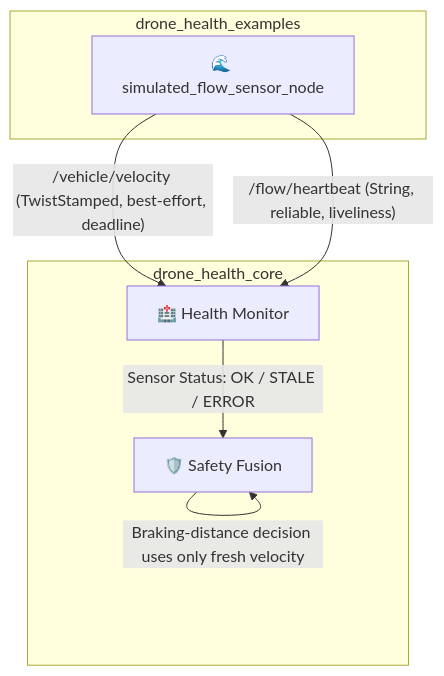
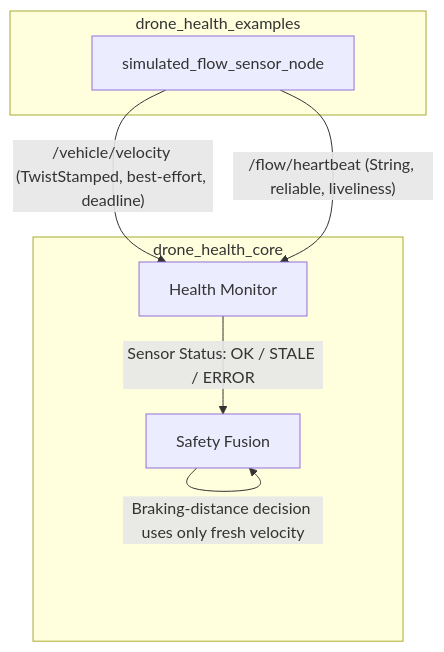
One commit to NILAMATHI1999/drone-health-modular-framework changed the diagram in src/drone_health_flow_example/README.md. Above: the diagram before and after it, drawn with Mermaid. The commit also changed other lines of this file, not shown here.

````diff
--- a/src/drone_health_flow_example/README.md
+++ b/src/drone_health_flow_example/README.md
@@ -12,16 +12,16 @@
 ```mermaid
 graph TD
     subgraph Sensor [drone_health_examples]
-        FLOW["🌊 simulated_flow_sensor_node"]
+        FLOW[" simulated_flow_sensor_node"]
     end
 
     subgraph Core [drone_health_core]
-        HM["🏥 Health Monitor"]
-        SF["🛡️ Safety Fusion"]
+        HM[" Health Monitor"]
+        SF[" Safety Fusion"]
     end
 
     FLOW -->|"/vehicle/velocity (TwistStamped, best-effort, deadline)"| HM
     FLOW -->|"/flow/heartbeat (String, reliable, liveliness)"| HM
     HM -->|Sensor Status: OK / STALE / ERROR| SF
     SF -->|Braking-distance decision uses only fresh velocity| SF
 ```
````
